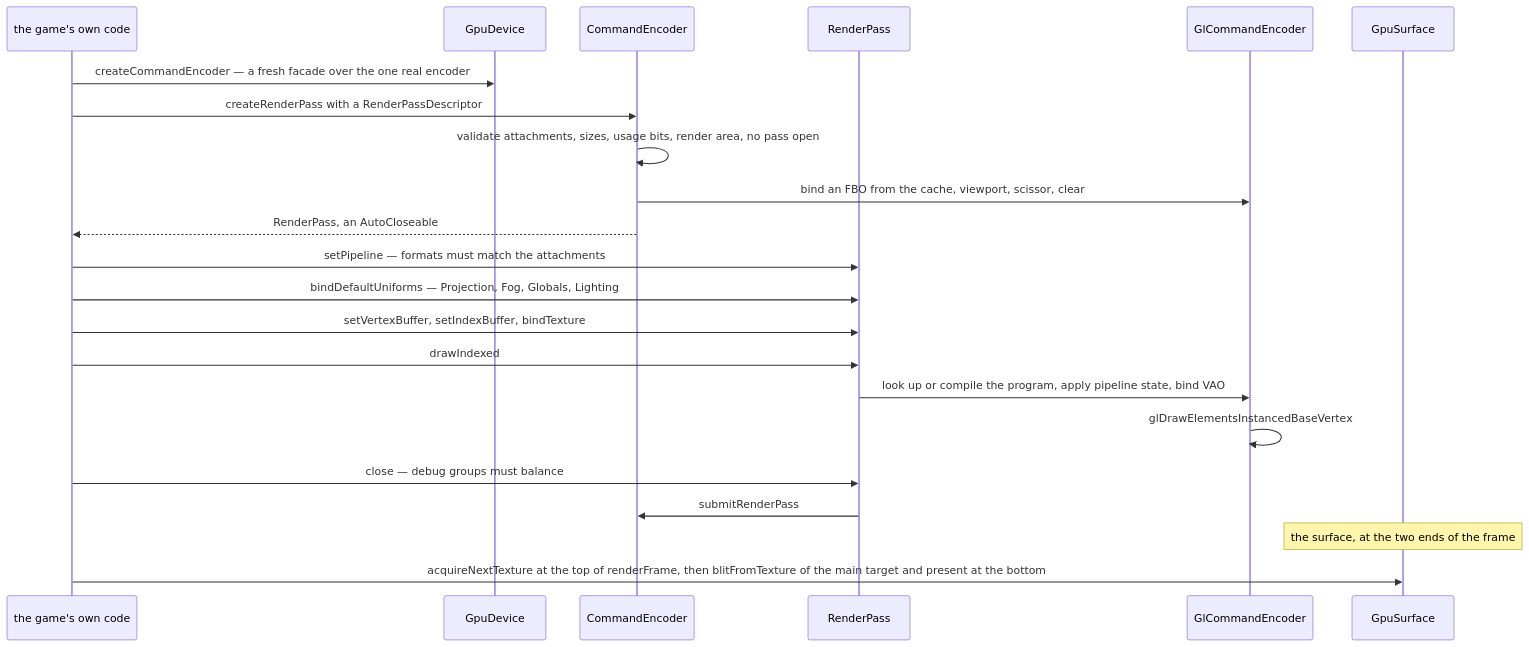
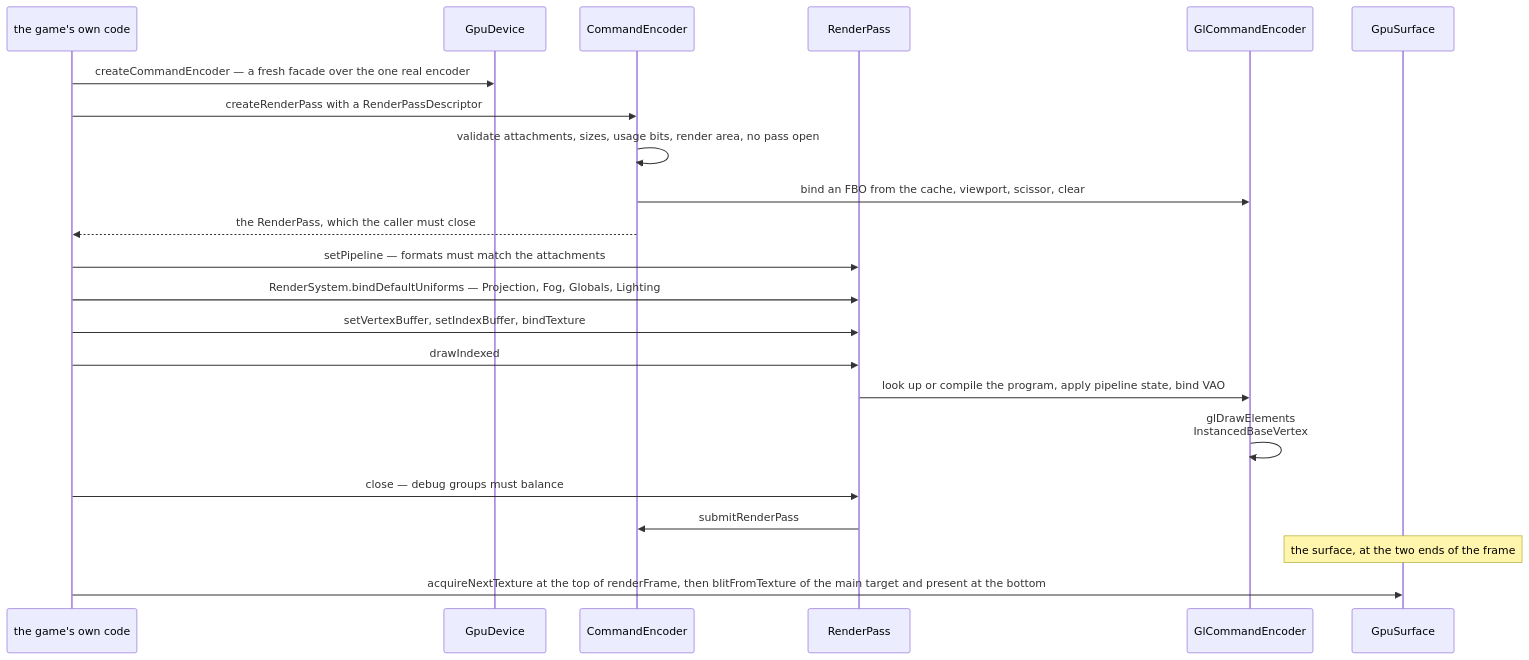
The second of 2 diagrams in src/systems/rendering/blaze3d.md (AlexanderjFraser/MinecraftDocs), drawn with Mermaid before and after one commit. The commit also changed other lines of this file and 55 other files, not shown here.

First line of the commit message:
pass 7, session O — the close, before K: the figure gate strict, the landing figures read as one set, and one strike in thirty not borne out

````diff
--- a/src/systems/rendering/blaze3d.md
+++ b/src/systems/rendering/blaze3d.md
@@ -290,25 +290,25 @@
 ```mermaid
 sequenceDiagram
     participant Game as the game's own code
     participant GD as GpuDevice
     participant CE as CommandEncoder
     participant RP as RenderPass
     participant GlCE as GlCommandEncoder
     participant GpuS as GpuSurface
 
     Game->>GD: createCommandEncoder — a fresh facade over the one real encoder
     Game->>CE: createRenderPass with a RenderPassDescriptor
     CE->>CE: validate attachments, sizes, usage bits, render area, no pass open
     CE->>GlCE: bind an FBO from the cache, viewport, scissor, clear
-    CE-->>Game: RenderPass, an AutoCloseable
+    CE-->>Game: the RenderPass, which the caller must close
     Game->>RP: setPipeline — formats must match the attachments
-    Game->>RP: bindDefaultUniforms — Projection, Fog, Globals, Lighting
+    Game->>RP: RenderSystem.bindDefaultUniforms — Projection, Fog, Globals, Lighting
     Game->>RP: setVertexBuffer, setIndexBuffer, bindTexture
     Game->>RP: drawIndexed
     RP->>GlCE: look up or compile the program, apply pipeline state, bind VAO
-    GlCE->>GlCE: glDrawElementsInstancedBaseVertex
+    GlCE->>GlCE: glDrawElements<br/>InstancedBaseVertex
     Game->>RP: close — debug groups must balance
     RP->>CE: submitRenderPass
     Note over GpuS: the surface, at the two ends of the frame
     Game->>GpuS: acquireNextTexture at the top of renderFrame, then blitFromTexture of the main target and present at the bottom
 ```
````
